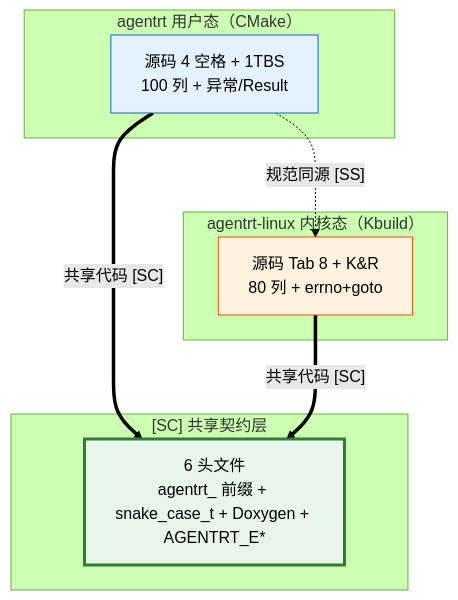
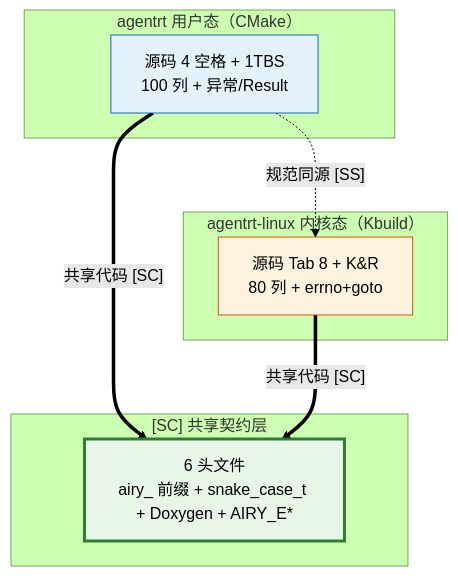
Before and after one commit to openairymax/docs-linux: the diagram in 30-interfaces/04-coding-standard.md, drawn with Mermaid (forest theme). The commit also changed other lines of this file and 132 other files, not shown here.

Commit message:
chore: 完成全项目命名空间从agentrt到airy的统一替换 本次提交完成了代码库中所有`agentrt_`相关命名空间、宏定义、标识符的统一替换，改为`airy_`前缀，同时完成了部分文档的排版优化与路径修正： 1. 替换了所有API函数、结构体、宏定义的命名前缀 2. 更新了文档中的示例代码与引用路径

````diff
--- a/30-interfaces/04-coding-standard.md
+++ b/30-interfaces/04-coding-standard.md
@@ -533,22 +532,22 @@
 ```mermaid
 graph TB
     subgraph "agentrt 用户态（CMake）"
         RT_CODE[源码 4 空格 + 1TBS<br/>100 列 + 异常/Result]
     end
 
     subgraph "agentrt-linux 内核态（Kbuild）"
         OS_CODE[源码 Tab 8 + K&R<br/>80 列 + errno+goto]
     end
 
     subgraph "[SC] 共享契约层"
-        SC[6 头文件<br/>agentrt_ 前缀 + snake_case_t + Doxygen + AGENTRT_E*]
+        SC[6 头文件<br/>airy_ 前缀 + snake_case_t + Doxygen + AIRY_E*]
     end
 
     RT_CODE -.->|"规范同源 [SS]"| OS_CODE
     RT_CODE ==>|"共享代码 [SC]"| SC
     OS_CODE ==>|"共享代码 [SC]"| SC
 
     style SC fill:#e8f5e9,stroke:#2e7d32,stroke-width:3px
     style RT_CODE fill:#e3f2fd,stroke:#1565c0
     style OS_CODE fill:#fff3e0,stroke:#e65100
 ```
````
